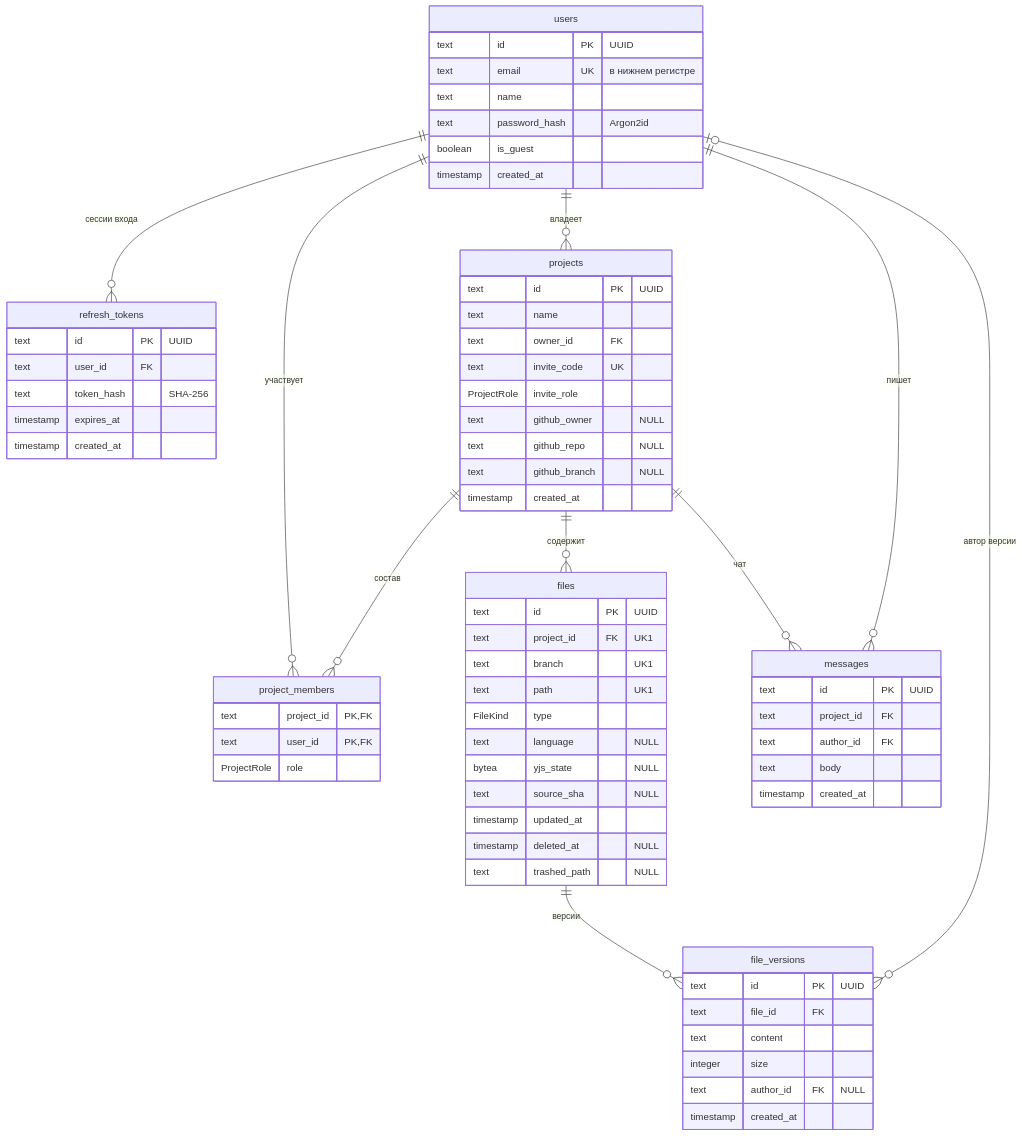
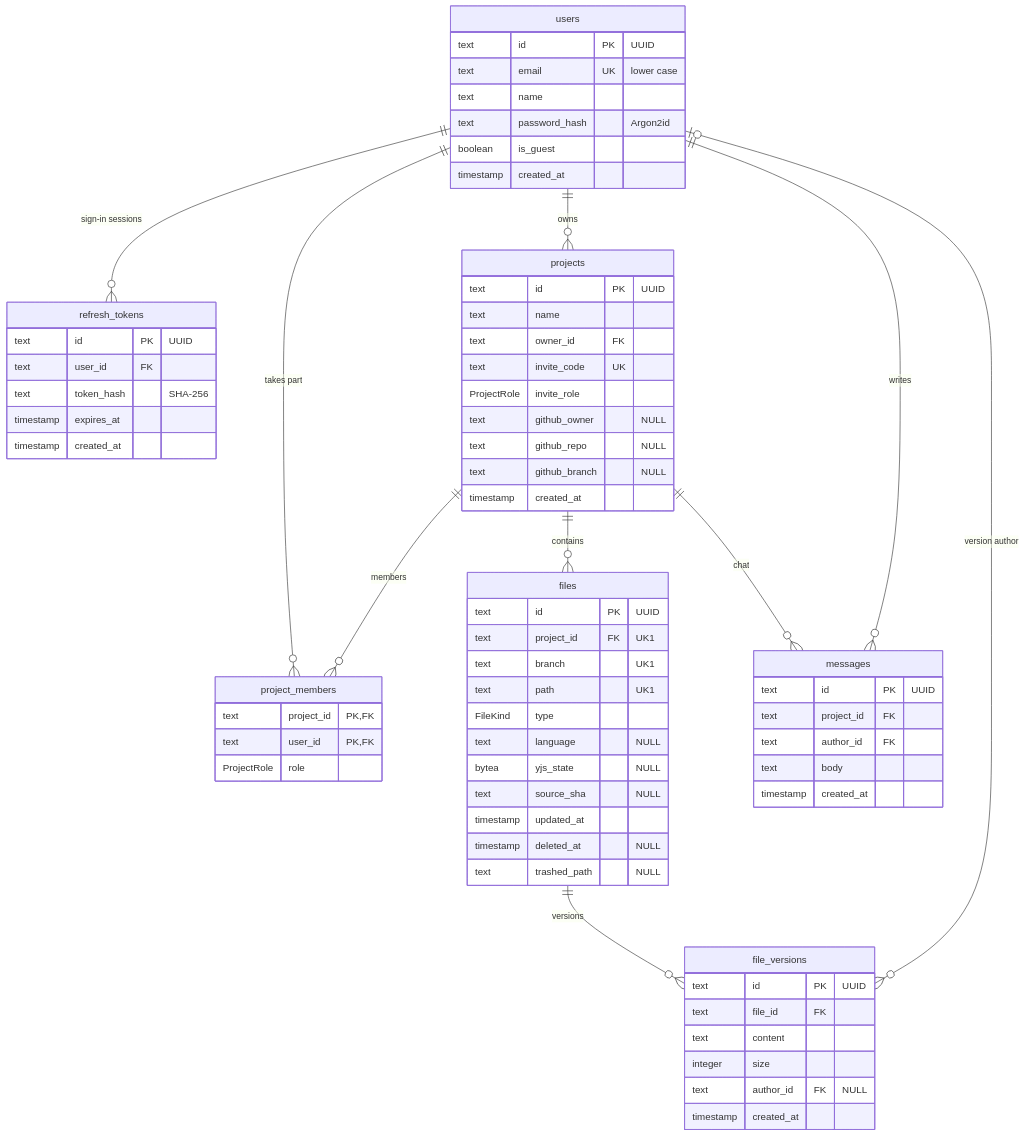
The diagram in docs/db/er-diagram.mmd (oCMEXo/my-Diplom), drawn with Mermaid before and after one commit. The commit also changed 40 other files, not shown here.

Commit message:
English README, database and UX documents, with new screenshots, diagrams and PDF

```diff
--- a/docs/db/er-diagram.mmd
+++ b/docs/db/er-diagram.mmd
@@ -1,70 +1,70 @@
 erDiagram
-  users ||--o{ refresh_tokens : "сессии входа"
-  users ||--o{ projects : "владеет"
-  users ||--o{ project_members : "участвует"
-  projects ||--o{ project_members : "состав"
-  projects ||--o{ files : "содержит"
-  files ||--o{ file_versions : "версии"
-  users |o--o{ file_versions : "автор версии"
-  projects ||--o{ messages : "чат"
-  users ||--o{ messages : "пишет"
+  users ||--o{ refresh_tokens : "sign-in sessions"
+  users ||--o{ projects : "owns"
+  users ||--o{ project_members : "takes part"
+  projects ||--o{ project_members : "members"
+  projects ||--o{ files : "contains"
+  files ||--o{ file_versions : "versions"
+  users |o--o{ file_versions : "version author"
+  projects ||--o{ messages : "chat"
+  users ||--o{ messages : "writes"
 
   users {
     text id PK "UUID"
-    text email UK "в нижнем регистре"
+    text email UK "lower case"
     text name
     text password_hash "Argon2id"
     boolean is_guest
     timestamp created_at
   }
   refresh_tokens {
     text id PK "UUID"
     text user_id FK
     text token_hash "SHA-256"
     timestamp expires_at
     timestamp created_at
   }
   projects {
     text id PK "UUID"
     text name
     text owner_id FK
     text invite_code UK
     ProjectRole invite_role
     text github_owner "NULL"
     text github_repo "NULL"
     text github_branch "NULL"
     timestamp created_at
   }
   project_members {
     text project_id PK, FK
     text user_id PK, FK
     ProjectRole role
   }
   files {
     text id PK "UUID"
     text project_id FK "UK1"
     text branch "UK1"
     text path "UK1"
     FileKind type
     text language "NULL"
     bytea yjs_state "NULL"
     text source_sha "NULL"
     timestamp updated_at
     timestamp deleted_at "NULL"
     text trashed_path "NULL"
   }
   file_versions {
     text id PK "UUID"
     text file_id FK
     text content
     integer size
     text author_id FK "NULL"
     timestamp created_at
   }
   messages {
     text id PK "UUID"
     text project_id FK
     text author_id FK
     text body
     timestamp created_at
   }
```
